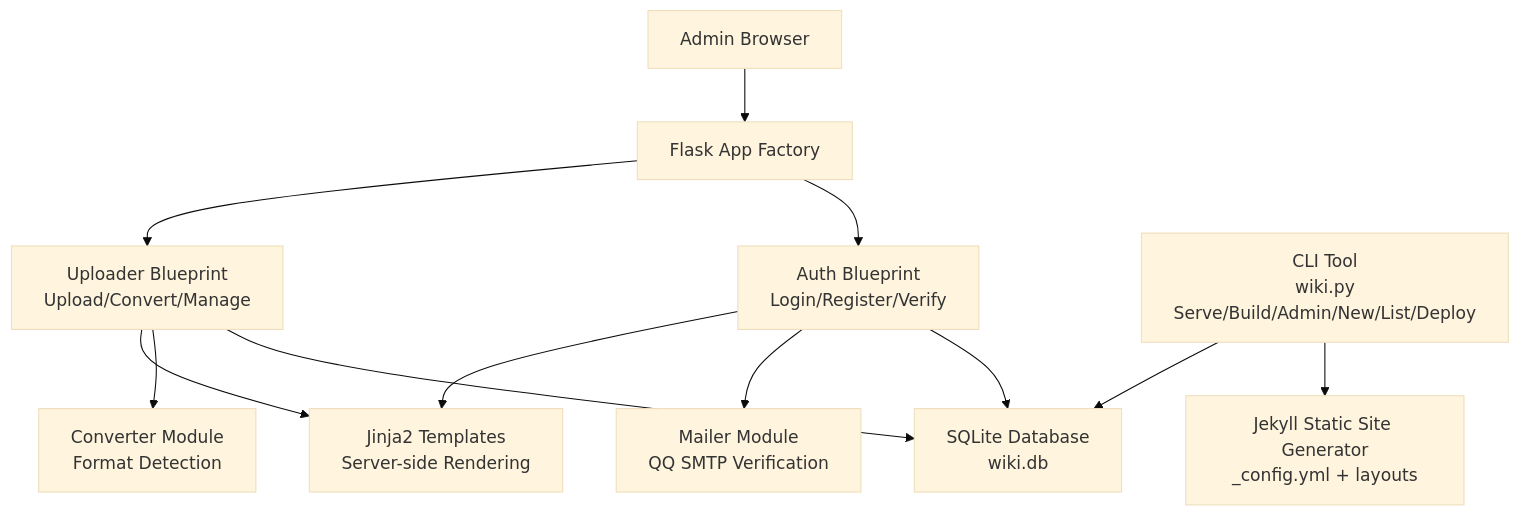
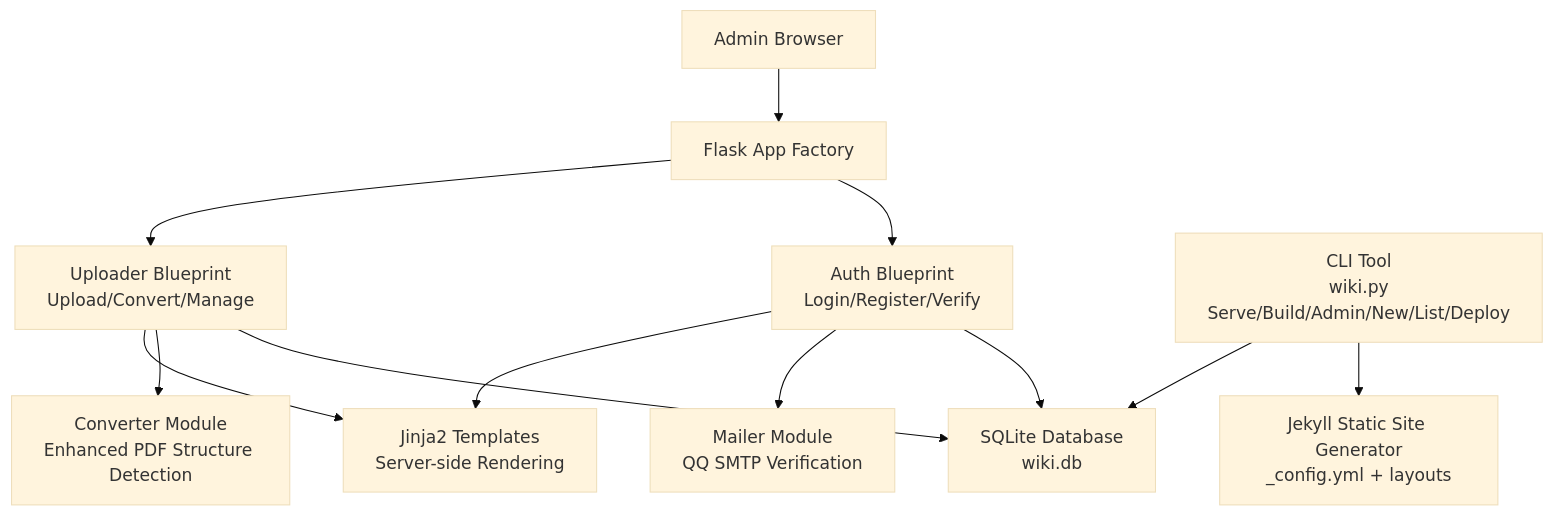
One commit to PolarisW007/PolaZhenJing changed the second of 8 diagrams in .qoder/repowiki/en/content/Backend Application/Backend Application.md. Above: the diagram before and after it, drawn with Mermaid (base theme). The commit also changed other lines of this file and 8 other files, not shown here.

````diff
--- a/.qoder/repowiki/en/content/Backend Application/Backend Application.md
+++ b/.qoder/repowiki/en/content/Backend Application/Backend Application.md
@@ -112,24 +111,24 @@
 ```mermaid
 graph TB
 CLIENT["Admin Browser"]
 FLASK["Flask App Factory"]
 AUTH["Auth Blueprint<br/>Login/Register/Verify"]
 UPLOAD["Uploader Blueprint<br/>Upload/Convert/Manage"]
-CONV["Converter Module<br/>Format Detection"]
+CONV["Converter Module<br/>Enhanced PDF Structure Detection"]
 MAIL["Mailer Module<br/>QQ SMTP Verification"]
 DB["SQLite Database<br/>wiki.db"]
 TEMPLATES["Jinja2 Templates<br/>Server-side Rendering"]
 CLI["CLI Tool<br/>wiki.py<br/>Serve/Build/Admin/New/List/Deploy"]
 JEKYLL["Jekyll Static Site Generator<br/>_config.yml + layouts"]
 CLIENT --> FLASK
 FLASK --> AUTH
 FLASK --> UPLOAD
 AUTH --> DB
 UPLOAD --> DB
 UPLOAD --> CONV
 AUTH --> MAIL
 UPLOAD --> TEMPLATES
 AUTH --> TEMPLATES
 CLI --> JEKYLL
 CLI --> DB
 ```
````
